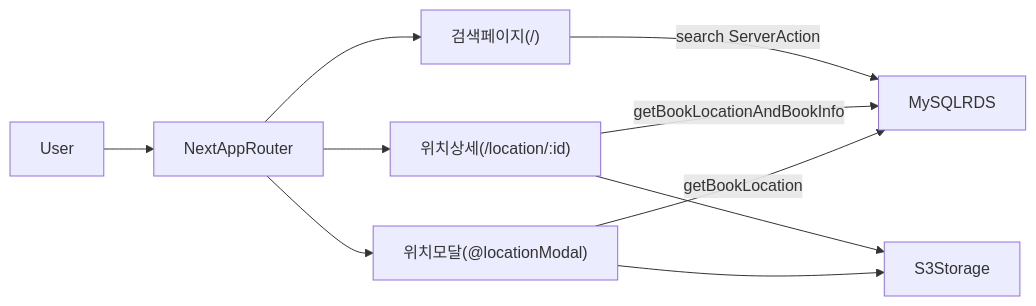
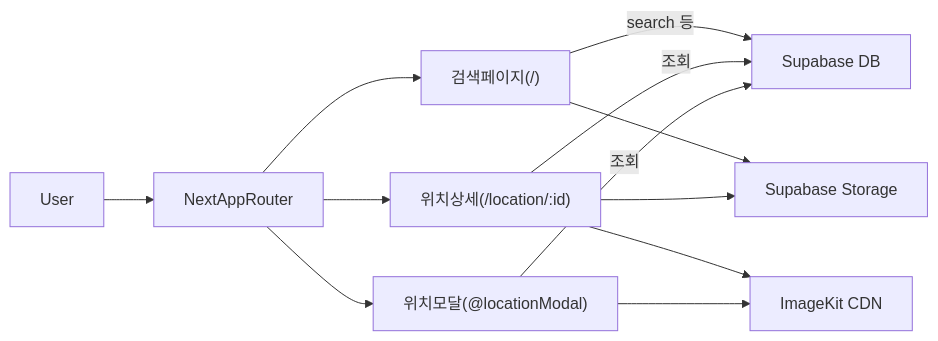
One commit to kimyoungyin/seongryung changed the first of 2 diagrams in README.md. Above: the diagram before and after it, drawn with Mermaid. The commit also changed other lines of this file, not shown here.

````diff
--- a/README.md
+++ b/README.md
@@ -49,22 +56,25 @@
 ```mermaid
 flowchart LR
   user[User]
   nextApp[NextAppRouter]
   searchPage["검색페이지(/)"]
   locationPage["위치상세(/location/:id)"]
   locationModal["위치모달(@locationModal)"]
-  db[MySQLRDS]
-  storage[S3Storage]
+  db[Supabase DB]
+  storage[Supabase Storage]
+  imageKit[ImageKit CDN]
 
   user --> nextApp
   nextApp --> searchPage
   nextApp --> locationPage
   nextApp --> locationModal
 
-  searchPage -->|"search ServerAction"| db
-  locationPage -->|"getBookLocationAndBookInfo"| db
-  locationModal -->|"getBookLocation"| db
+  searchPage -->|"search 등"| db
+  locationPage -->|"조회"| db
+  locationModal -->|"조회"| db
 
+  searchPage --> storage
   locationPage --> storage
-  locationModal --> storage
+  locationPage --> imageKit
+  locationModal --> imageKit
 ```
````
